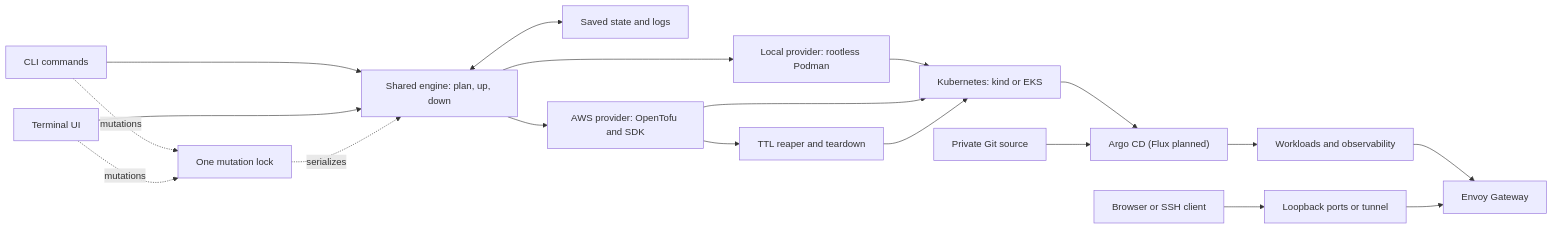
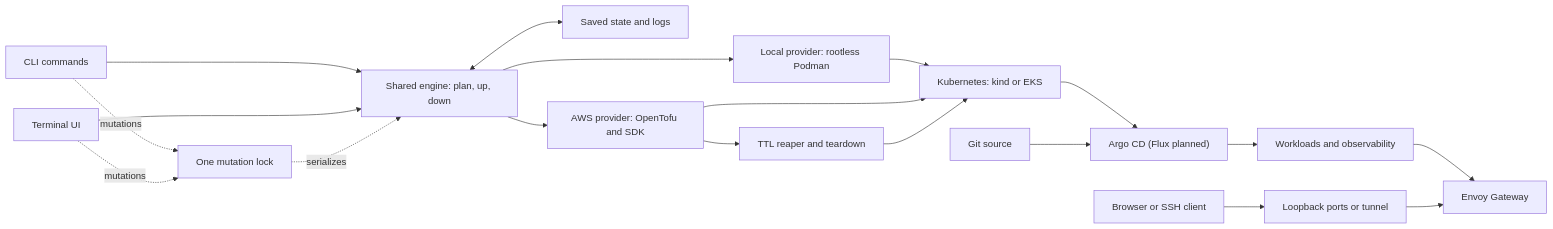
Before and after one commit to chanupen/devops-lab: the diagram in docs/concepts/architecture.md, drawn with Mermaid. The commit also changed 15 other files, not shown here.

````diff
--- a/docs/concepts/architecture.md
+++ b/docs/concepts/architecture.md
@@ -10,21 +10,21 @@
 ```mermaid
 flowchart LR
     CLI["CLI commands"] --> Engine["Shared engine: plan, up, down"]
     TUI["Terminal UI"] --> Engine
     Engine <--> State["Saved state and logs"]
     CLI -. mutations .-> Lock["One mutation lock"]
     TUI -. mutations .-> Lock
     Lock -. serializes .-> Engine
     Engine --> Local["Local provider: rootless Podman"]
     Engine --> AWS["AWS provider: OpenTofu and SDK"]
     Local --> Cluster["Kubernetes: kind or EKS"]
     AWS --> Cluster
     Cluster --> GitOps["Argo CD (Flux planned)"]
-    Source["Private Git source"] --> GitOps
+    Source["Git source"] --> GitOps
     GitOps --> Apps["Workloads and observability"]
     Apps --> Gateway["Envoy Gateway"]
     Client["Browser or SSH client"] --> Loopback["Loopback ports or tunnel"]
     Loopback --> Gateway
     AWS --> Reaper["TTL reaper and teardown"]
     Reaper --> Cluster
 ```
````
